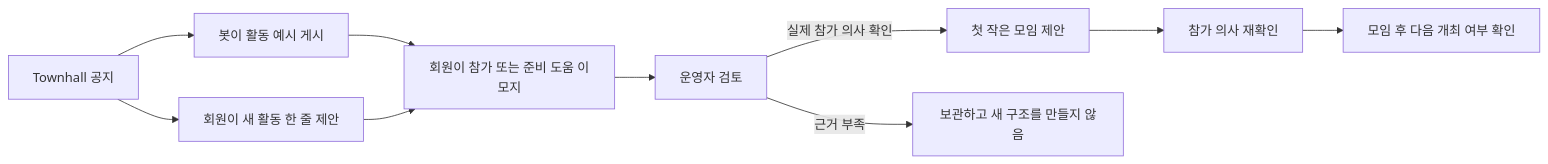
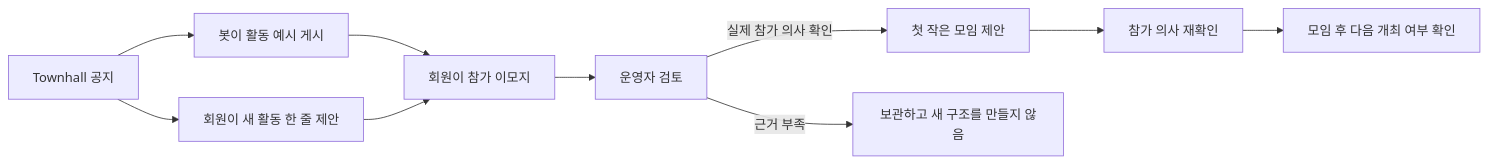
One commit to Betalgeuse/ot1l changed the diagram in docs/research/PRIVATE_HOUSE.md. Above: the diagram before and after it, drawn with Mermaid. The commit also changed other lines of this file and 16 other files, not shown here.

````diff
--- a/docs/research/PRIVATE_HOUSE.md
+++ b/docs/research/PRIVATE_HOUSE.md
@@ -129,12 +130,12 @@
 ```mermaid
 flowchart LR
     A[Townhall 공지] --> B[봇이 활동 예시 게시]
     A --> C[회원이 새 활동 한 줄 제안]
-    B --> E[회원이 참가 또는 준비 도움 이모지]
+    B --> E[회원이 참가 이모지]
     C --> E
     E --> F[운영자 검토]
     F -->|실제 참가 의사 확인| G[첫 작은 모임 제안]
     F -->|근거 부족| H[보관하고 새 구조를 만들지 않음]
     G --> I[참가 의사 재확인]
     I --> J[모임 후 다음 개최 여부 확인]
 ```
````
